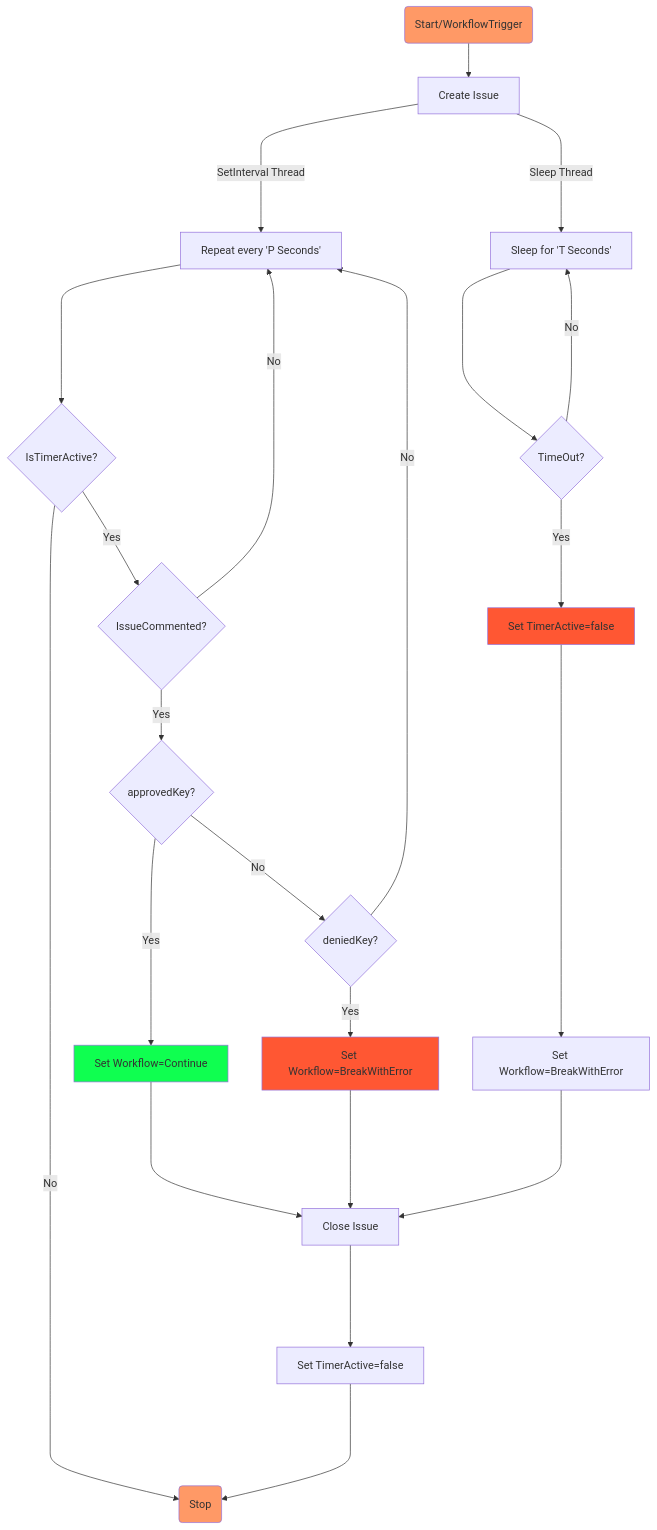
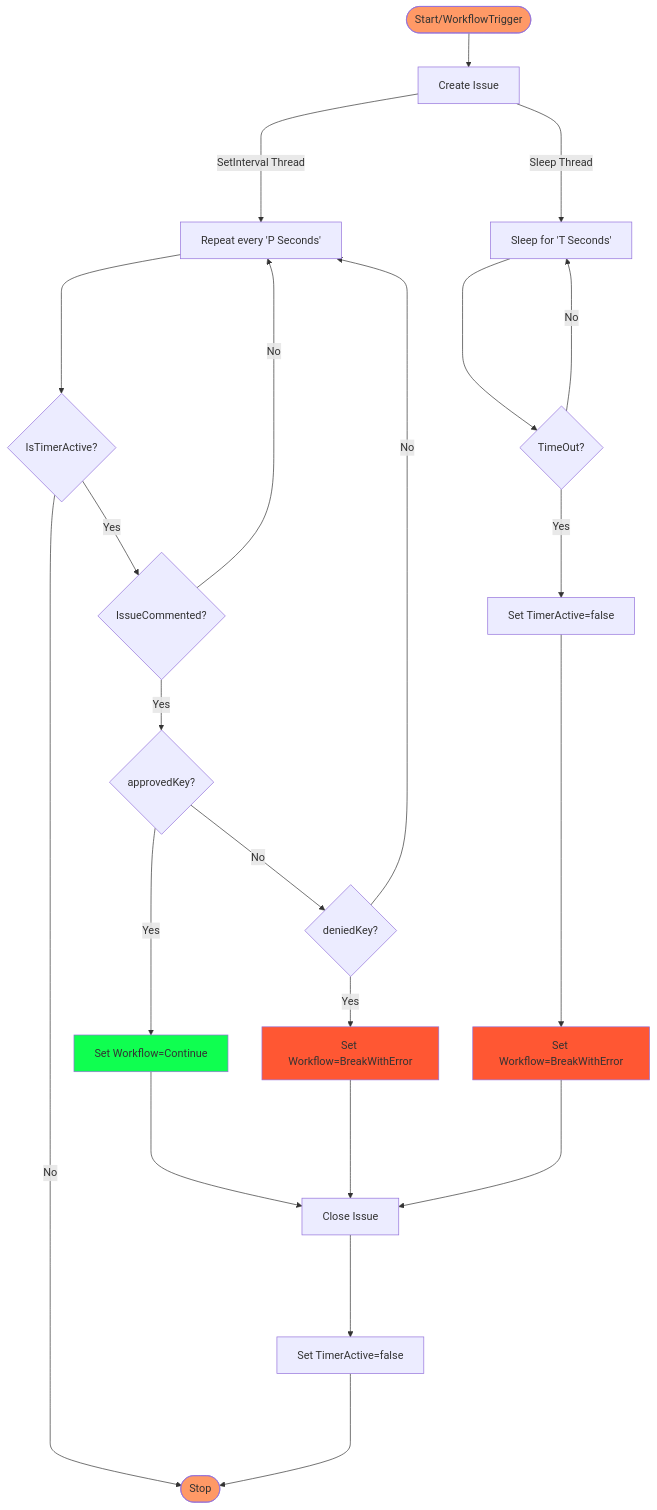
The diagram in README.md (yog-labs/custom-starter-template), drawn with Mermaid before and after one commit.

````diff
--- a/README.md
+++ b/README.md
@@ -45,30 +45,30 @@
 ```mermaid
 flowchart TD
-   A(Start/WorkflowTrigger) --> B[Create Issue];
+   A([Start/WorkflowTrigger]) --> B[Create Issue];
     B ----> |SetInterval Thread| C1[Repeat every 'P Seconds'];
     B ----> |Sleep Thread| C2[Sleep for 'T Seconds'];
     C1 ----> C1A{IsTimerActive?};
     C1A -- No --> Stop[Stop]
     C1A -- Yes --> C1B{IssueCommented?}
     C1B -- No --> C1
     C1B -- Yes --> C1C{approvedKey?}
     C1C -- Yes --> C1D[Set Workflow=Continue]
     C1D ---->  I[Close Issue]
     C1C -- No --> C1E{deniedKey?}
     C1E -- Yes --> C1F[Set Workflow=BreakWithError]
     C1E -- No --> C1
     C1F ----> I[Close Issue]
     I ----> J[Set TimerActive=false]
-    J ----> Stop(Stop)
+    J ----> Stop([Stop])
     C2 ----> C2A{TimeOut?}
     C2A -- Yes --> C2B[Set TimerActive=false]
     C2B ----> C2C[Set Workflow=BreakWithError]
     C2A -- No --> C2
     C2C ----> I
     style A fill:#f96;
     style Stop fill:#f96;
     style C1D fill:#0FFF50
     style C1F fill:#FF5733
-    style C2B fill:#FF5733
+    style C2C fill:#FF5733
 
 ```
````
